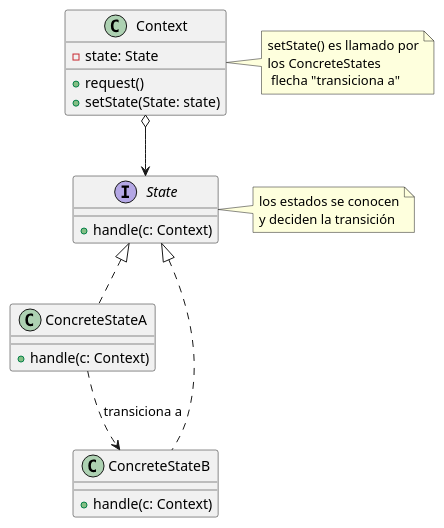
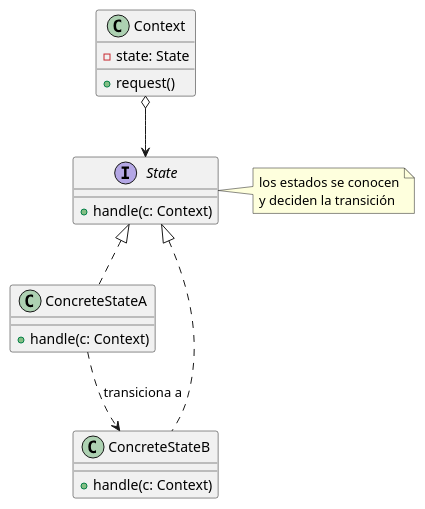
Before and after one commit to MaxiNunez24/OO2: the second of 9 diagrams in Cheatsheets/02_Patrones.md, drawn with PlantUML. The commit also changed other lines of this file and 1 other file, not shown here.

````diff
--- a/Cheatsheets/02_Patrones.md
+++ b/Cheatsheets/02_Patrones.md
@@ -103,24 +123,22 @@
 ```plantuml
 @startuml
 interface State {
   +handle(c: Context)
 }
 class Context {
   -state: State
   +request()
-  +setState(State: state)
 }
 class ConcreteStateA {
   +handle(c: Context)
 }
 class ConcreteStateB {
   +handle(c: Context)
 }
 Context o--> State
 State <|.. ConcreteStateA
 State <|.. ConcreteStateB
 ConcreteStateA ..> ConcreteStateB : transiciona a
 note right of State : los estados se conocen\ny deciden la transición
-note right of Context : setState() es llamado por\nlos ConcreteStates\n flecha "transiciona a"
 @enduml
 ```
````
